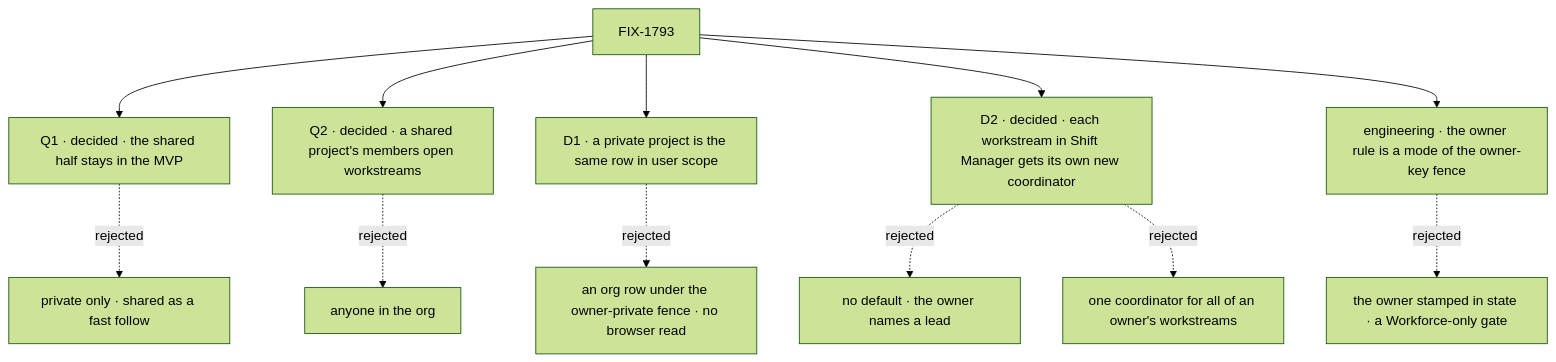
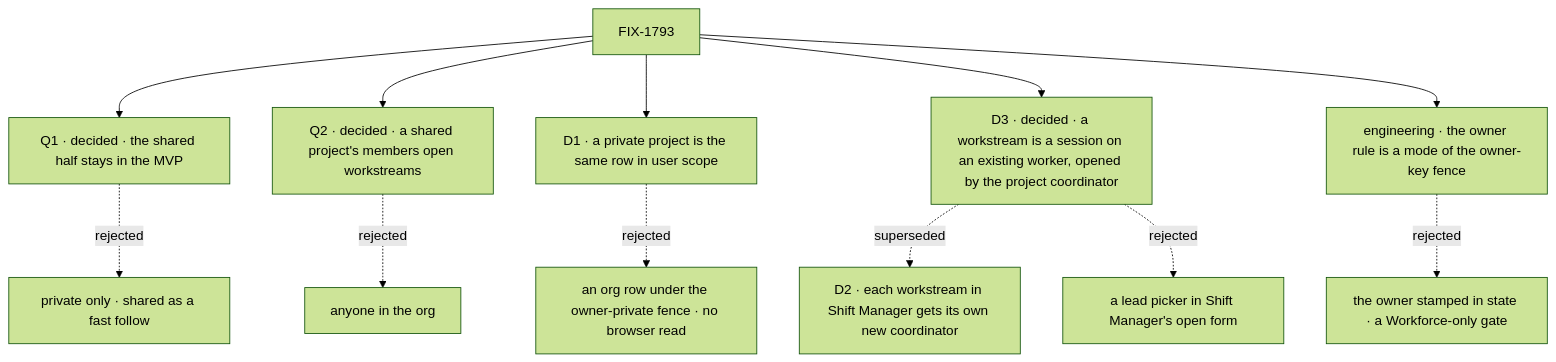
Before and after one commit to fixpoint-labs/flow-state-dev: the diagram in specs/issues/FIX-1793/DECISIONS.md, drawn with Mermaid (forest theme). The commit also changed other lines of this file and 5 other files, not shown here.

First line of the commit message:
spec(FIX-1793): a workstream is a session on an existing worker (D3, FIX-1883)

````diff
--- a/specs/issues/FIX-1793/DECISIONS.md
+++ b/specs/issues/FIX-1793/DECISIONS.md
@@ -15,14 +16,14 @@
 ```mermaid
 flowchart TD
   I["FIX-1793"] --> Q1["Q1 · decided · the shared half stays in the MVP"]
   Q1 -.->|"rejected"| XQ1["private only · shared as a fast follow"]
   I --> Q2["Q2 · decided · a shared project's members open workstreams"]
   Q2 -.->|"rejected"| XQ2["anyone in the org"]
   I --> D1["D1 · a private project is the same row in user scope"]
   D1 -.->|"rejected"| X1["an org row under the owner-private fence · no browser read"]
-  I --> D2["D2 · decided · each workstream in Shift Manager gets its own new coordinator"]
-  D2 -.->|"rejected"| X2["no default · the owner names a lead"]
-  D2 -.->|"rejected"| X2b["one coordinator for all of an owner's workstreams"]
+  I --> D3["D3 · decided · a workstream is a session on an existing worker, opened by the project coordinator"]
+  D3 -.->|"superseded"| D2["D2 · each workstream in Shift Manager gets its own new coordinator"]
+  D3 -.->|"rejected"| X3["a lead picker in Shift Manager's open form"]
   I --> E1["engineering · the owner rule is a mode of the owner-key fence"]
   E1 -.->|"rejected"| XE1["the owner stamped in state · a Workforce-only gate"]
 ```
````
